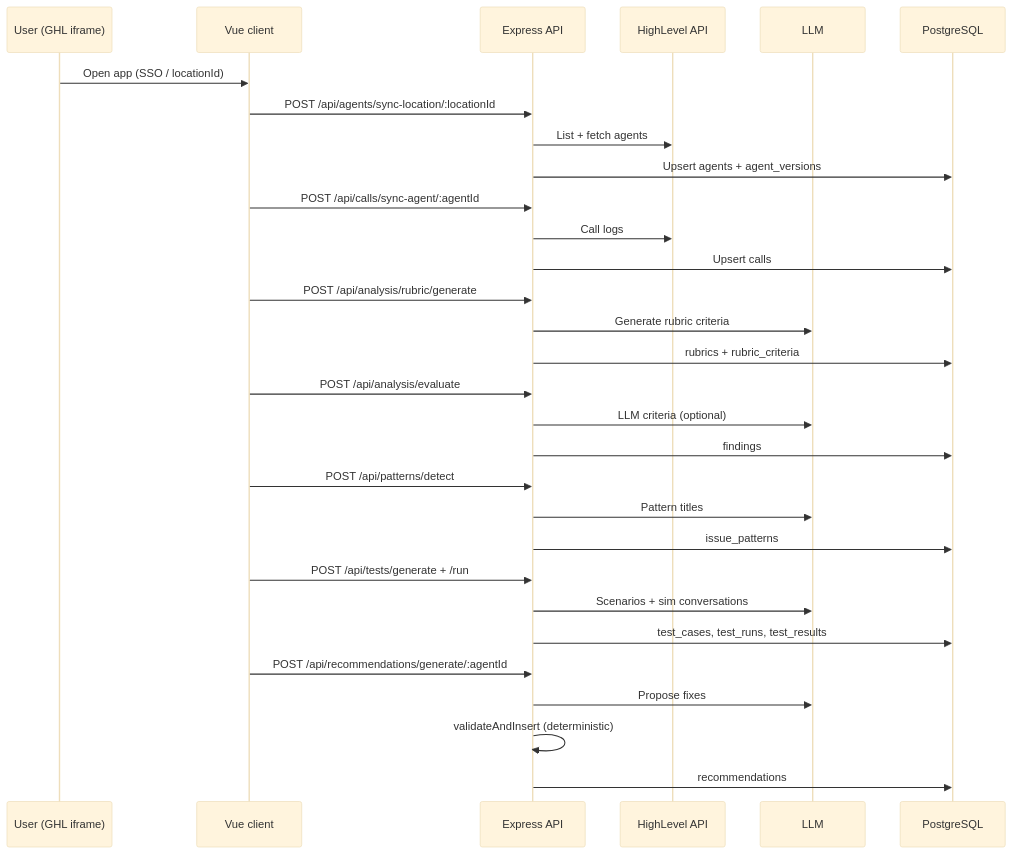
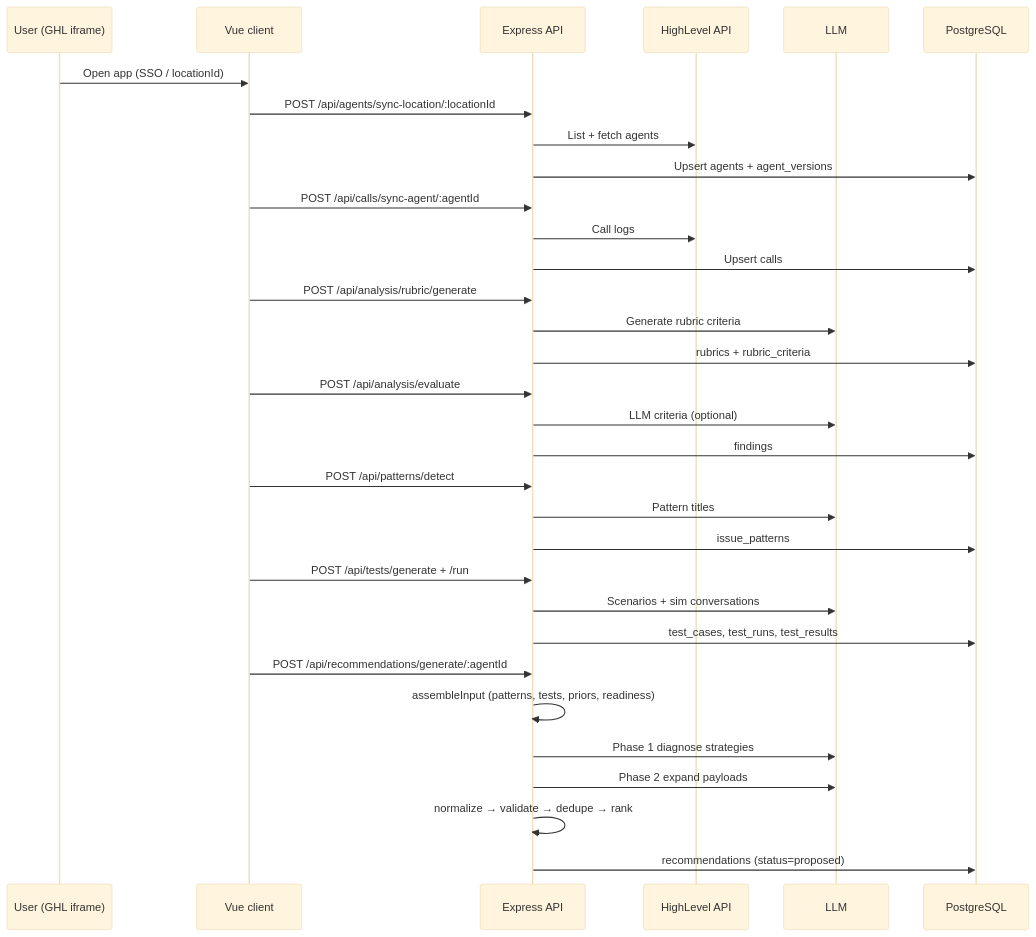
The third of 4 diagrams in README.md (gourab-sinha/agent-optimizer), drawn with Mermaid (base theme) before and after one commit. The commit also changed other lines of this file, not shown here.

````diff
--- a/README.md
+++ b/README.md
@@ -122,39 +123,41 @@
 ```mermaid
 sequenceDiagram
   participant U as User (GHL iframe)
   participant C as Vue client
   participant A as Express API
   participant G as HighLevel API
   participant L as LLM
   participant D as PostgreSQL
 
   U->>C: Open app (SSO / locationId)
   C->>A: POST /api/agents/sync-location/:locationId
   A->>G: List + fetch agents
   A->>D: Upsert agents + agent_versions
 
   C->>A: POST /api/calls/sync-agent/:agentId
   A->>G: Call logs
   A->>D: Upsert calls
 
   C->>A: POST /api/analysis/rubric/generate
   A->>L: Generate rubric criteria
   A->>D: rubrics + rubric_criteria
 
   C->>A: POST /api/analysis/evaluate
   A->>L: LLM criteria (optional)
   A->>D: findings
 
   C->>A: POST /api/patterns/detect
   A->>L: Pattern titles
   A->>D: issue_patterns
 
   C->>A: POST /api/tests/generate + /run
   A->>L: Scenarios + sim conversations
   A->>D: test_cases, test_runs, test_results
 
   C->>A: POST /api/recommendations/generate/:agentId
-  A->>L: Propose fixes
-  A->>A: validateAndInsert (deterministic)
-  A->>D: recommendations
+  A->>A: assembleInput (patterns, tests, priors, readiness)
+  A->>L: Phase 1 diagnose strategies
+  A->>L: Phase 2 expand payloads
+  A->>A: normalize → validate → dedupe → rank
+  A->>D: recommendations (status=proposed)
 ```
````
